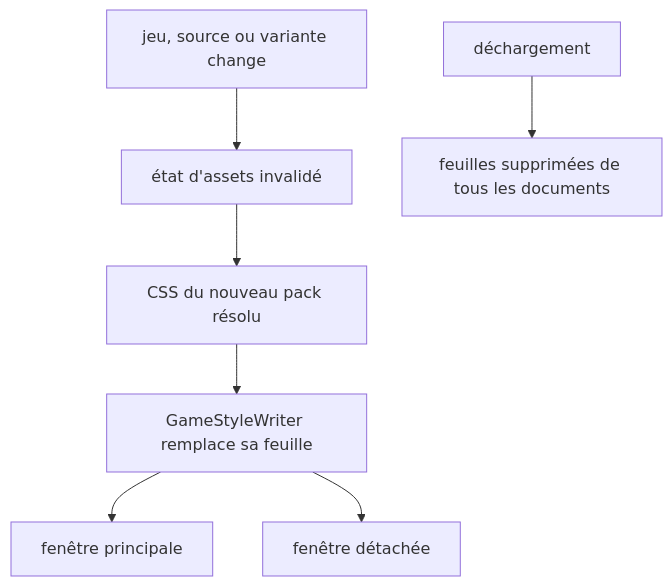
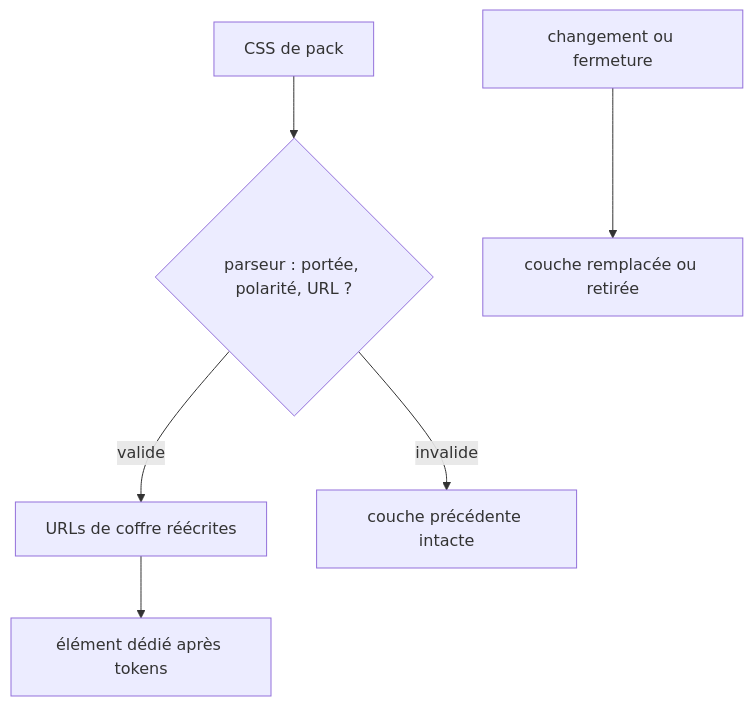
The first of 2 diagrams in aidd_docs/tasks/2026_09/2026_09_15_pack-stylesheet-resources/phase-2.md (RebelliousSmile/obsidian-handbook), drawn with Mermaid before and after one commit. The commit also changed other lines of this file and 7 other files, not shown here.

````diff
--- a/aidd_docs/tasks/2026_09/2026_09_15_pack-stylesheet-resources/phase-2.md
+++ b/aidd_docs/tasks/2026_09/2026_09_15_pack-stylesheet-resources/phase-2.md
@@ -23,9 +22,8 @@
 ```mermaid
 flowchart TD
-  A[jeu, source ou variante change] --> B[état d'assets invalidé]
-  B --> C[CSS du nouveau pack résolu]
-  C --> D[GameStyleWriter remplace sa feuille]
-  D --> E[fenêtre principale]
-  D --> F[fenêtre détachée]
-  G[déchargement] --> H[feuilles supprimées de tous les documents]
+  A[CSS de pack] --> B{parseur : portée, polarité, URL ?}
+  B -->|valide| C[URLs de coffre réécrites]
+  C --> D[élément dédié après tokens]
+  B -->|invalide| E[couche précédente intacte]
+  F[changement ou fermeture] --> G[couche remplacée ou retirée]
 ```
````
